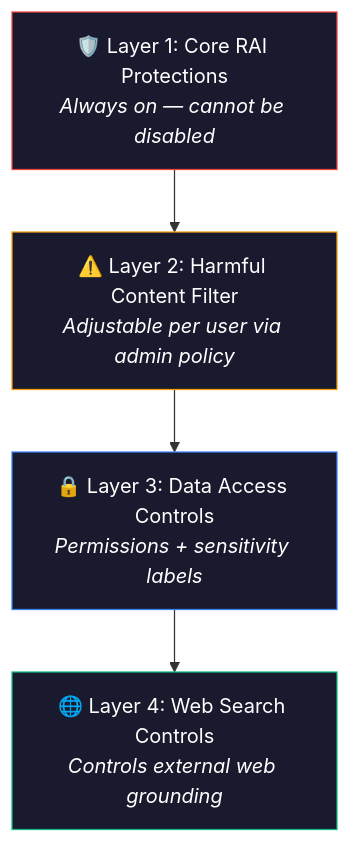
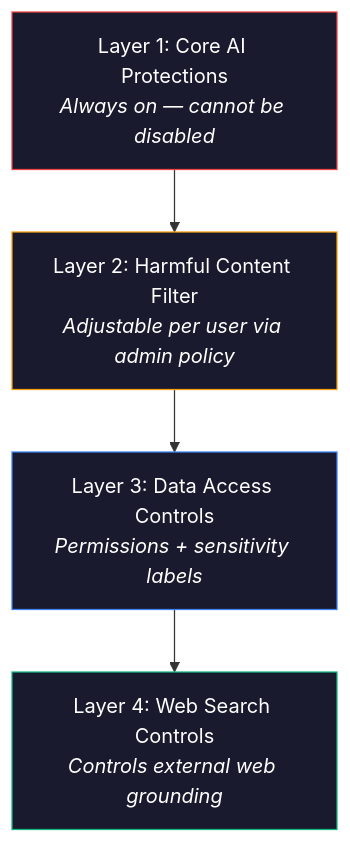
One commit to susanthgit/aguidetocloud-revamp changed the first of 4 diagrams in content/blog/microsoft-365-copilot-content-safety-controls-complete-guide-for-admins.md. Above: the diagram before and after it, drawn with Mermaid. The commit also changed other lines of this file, not shown here.

First line of the commit message:
Rewrite content safety blog in authentic voice (proof of concept)

````diff
--- a/content/blog/microsoft-365-copilot-content-safety-controls-complete-guide-for-admins.md
+++ b/content/blog/microsoft-365-copilot-content-safety-controls-complete-guide-for-admins.md
@@ -100,11 +100,11 @@
 ```mermaid
 flowchart TD
-    A["🛡️ Layer 1: Core RAI Protections<br/><i>Always on — cannot be disabled</i>"] --> B["⚠️ Layer 2: Harmful Content Filter<br/><i>Adjustable per user via admin policy</i>"]
-    B --> C["🔒 Layer 3: Data Access Controls<br/><i>Permissions + sensitivity labels</i>"]
-    C --> D["🌐 Layer 4: Web Search Controls<br/><i>Controls external web grounding</i>"]
+    A["Layer 1: Core AI Protections<br/><i>Always on — cannot be disabled</i>"] --> B["Layer 2: Harmful Content Filter<br/><i>Adjustable per user via admin policy</i>"]
+    B --> C["Layer 3: Data Access Controls<br/><i>Permissions + sensitivity labels</i>"]
+    C --> D["Layer 4: Web Search Controls<br/><i>Controls external web grounding</i>"]
     
     style A fill:#1a1a2e,stroke:#EF4444,color:#fff
     style B fill:#1a1a2e,stroke:#F59E0B,color:#fff
     style C fill:#1a1a2e,stroke:#3B82F6,color:#fff
     style D fill:#1a1a2e,stroke:#10B981,color:#fff
 ```
````
